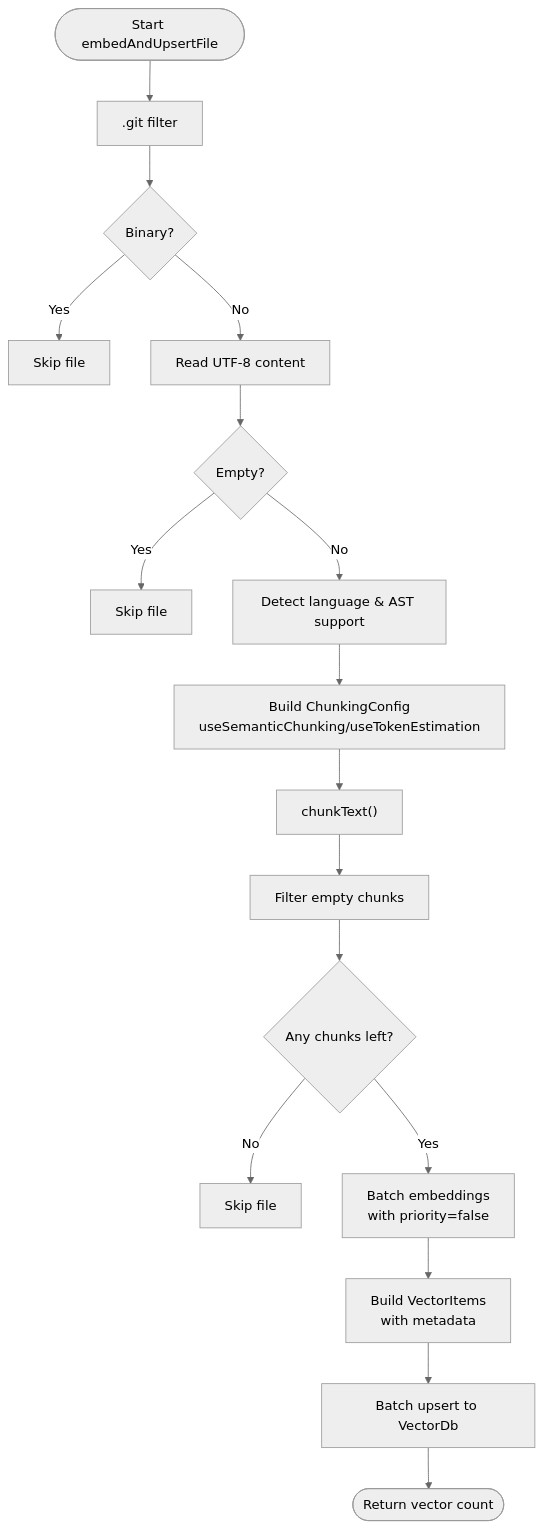
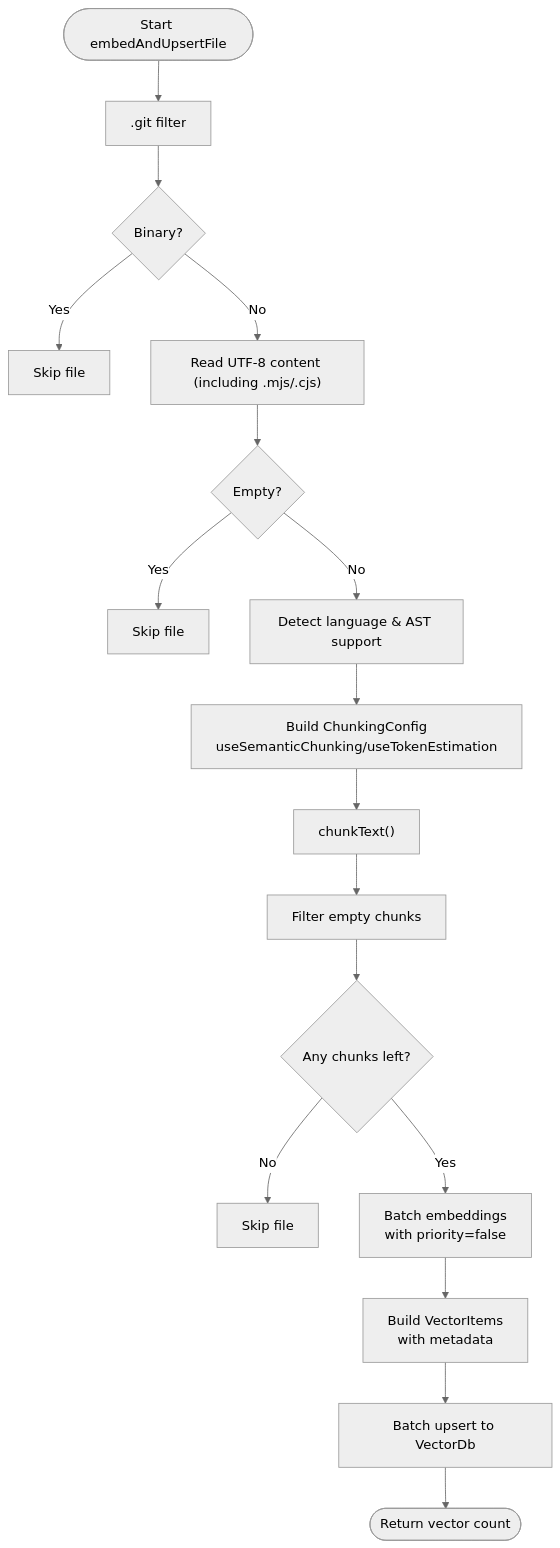
The third of 9 diagrams in .qoder/repowiki/en/content/Indexing and Search System/File Embedding Pipeline.md (bramburn/repomix-runner), drawn with Mermaid (neutral theme) before and after one commit. The commit also changed other lines of this file and 14 other files, not shown here.

````diff
--- a/.qoder/repowiki/en/content/Indexing and Search System/File Embedding Pipeline.md
+++ b/.qoder/repowiki/en/content/Indexing and Search System/File Embedding Pipeline.md
@@ -226,19 +237,19 @@
 ```mermaid
 flowchart TD
 Start(["Start embedAndUpsertFile"]) --> CheckGit[".git filter"]
 CheckGit --> IsBinary{"Binary?"}
 IsBinary --> |Yes| SkipBinary["Skip file"]
-IsBinary --> |No| ReadFile["Read UTF-8 content"]
+IsBinary --> |No| ReadFile["Read UTF-8 content (including .mjs/.cjs)"]
 ReadFile --> EmptyCheck{"Empty?"}
 EmptyCheck --> |Yes| SkipEmpty["Skip file"]
 EmptyCheck --> |No| DetectLang["Detect language & AST support"]
 DetectLang --> ChunkCfg["Build ChunkingConfig<br/>useSemanticChunking/useTokenEstimation"]
 ChunkCfg --> ChunkText["chunkText()"]
 ChunkText --> FilterEmpty["Filter empty chunks"]
 FilterEmpty --> HasChunks{"Any chunks left?"}
 HasChunks --> |No| SkipNoChunks["Skip file"]
 HasChunks --> |Yes| BatchEmbed["Batch embeddings<br/>with priority=false"]
 BatchEmbed --> MakeVectors["Build VectorItems<br/>with metadata"]
 MakeVectors --> BatchUpsert["Batch upsert to VectorDb"]
 BatchUpsert --> Done(["Return vector count"])
 ```
````
